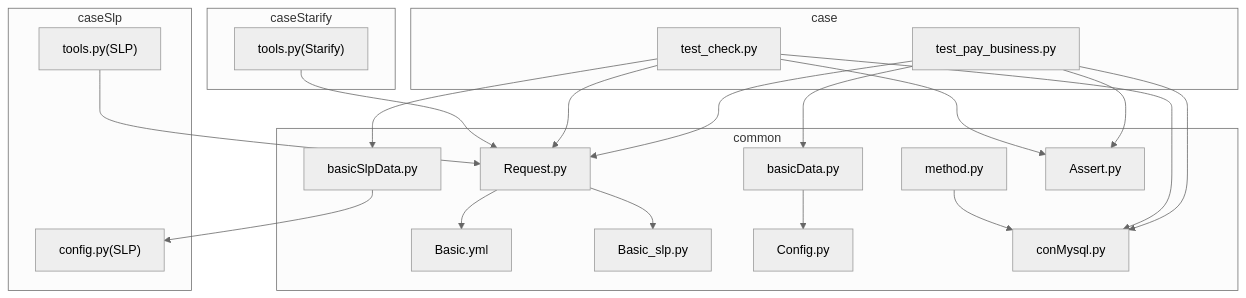
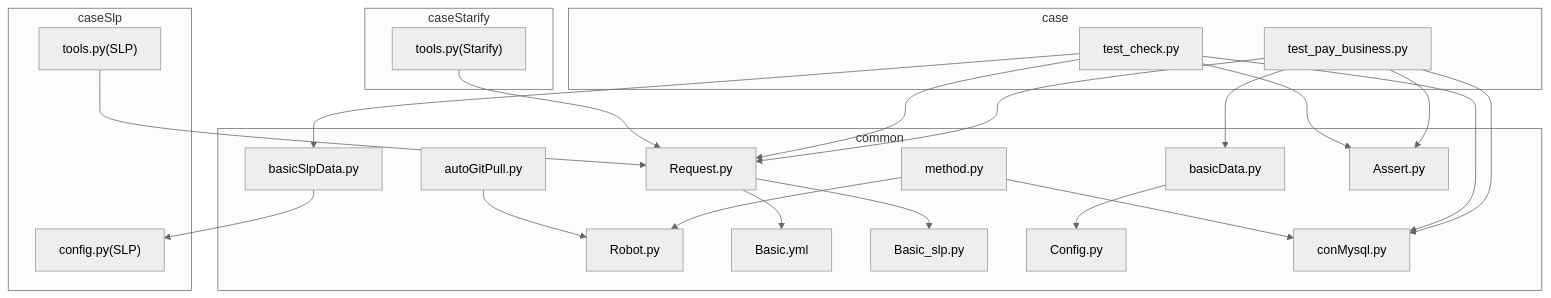
The first of 6 diagrams in .qoder/repowiki/zh/content/核心模块/工具方法模块.md (liximing1-ola/qa-payTest), drawn with Mermaid (neutral theme) before and after one commit. The commit also changed other lines of this file and 14 other files, not shown here.

````diff
--- a/.qoder/repowiki/zh/content/核心模块/工具方法模块.md
+++ b/.qoder/repowiki/zh/content/核心模块/工具方法模块.md
@@ -56,40 +62,44 @@
 ```mermaid
 graph TB
 subgraph "common"
 BD["basicData.py"]
 BSD["basicSlpData.py"]
 M["method.py"]
+R["Robot.py"]
+AGP["autoGitPull.py"]
 BYML["Basic.yml"]
 BSLP["Basic_slp.py"]
 CFG["Config.py"]
 CM["conMysql.py"]
 REQ["Request.py"]
 AS["Assert.py"]
 end
 subgraph "caseSlp"
 CST["tools.py(SLP)"]
 CSCFG["config.py(SLP)"]
 end
 subgraph "caseStarify"
 CST2["tools.py(Starify)"]
 end
 subgraph "case"
 TPB["test_pay_business.py"]
 TSC["test_check.py"]
 end
 TPB --> BD
 TPB --> CM
 TPB --> REQ
 TPB --> AS
 TSC --> BSD
 TSC --> CM
 TSC --> REQ
 TSC --> AS
 BD --> CFG
 BSD --> CSCFG
 REQ --> BYML
 REQ --> BSLP
 M --> CM
+M --> R
+AGP --> R
 CST --> REQ
 CST2 --> REQ
 ```
````
